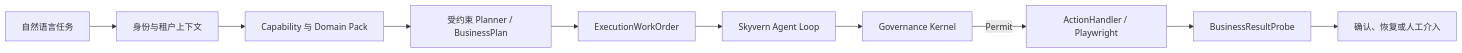
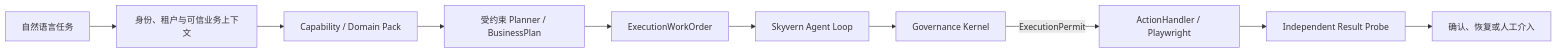
One commit to meizhouyu666/agentpact changed the diagram in README.md. Above: the diagram before and after it, drawn with Mermaid. The commit also changed other lines of this file and 10 other files, not shown here.

````diff
--- a/README.md
+++ b/README.md
@@ -31,12 +25,12 @@
 ```mermaid
 flowchart LR
-    U[自然语言任务] --> I[身份与租户上下文]
-    I --> C[Capability 与 Domain Pack]
+    U[自然语言任务] --> I[身份、租户与可信业务上下文]
+    I --> C[Capability / Domain Pack]
     C --> P[受约束 Planner / BusinessPlan]
     P --> W[ExecutionWorkOrder]
     W --> S[Skyvern Agent Loop]
     S --> G[Governance Kernel]
-    G -->|Permit| A[ActionHandler / Playwright]
-    A --> R[BusinessResultProbe]
+    G -->|ExecutionPermit| A[ActionHandler / Playwright]
+    A --> R[Independent Result Probe]
     R --> D[确认、恢复或人工介入]
 ```
````
